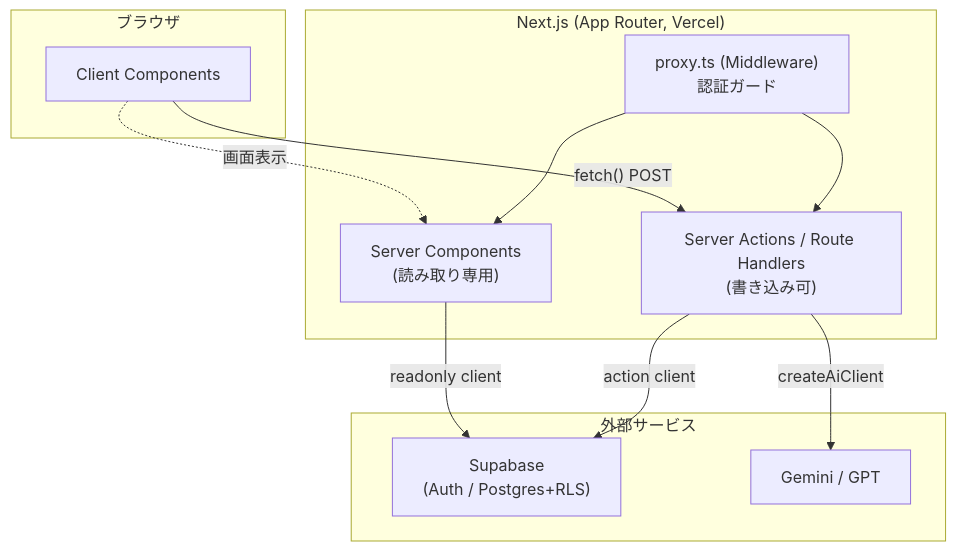
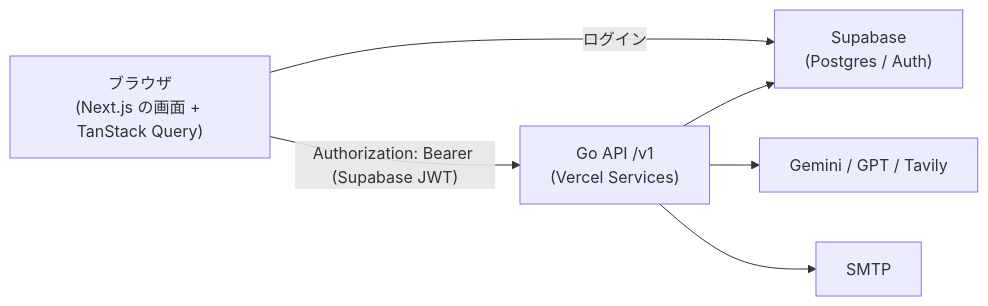
The diagram in CLAUDE.md (Yamada040/job_hunting_copilot), drawn with Mermaid before and after one commit. The commit also changed other lines of this file and 8 other files, not shown here.

````diff
--- a/CLAUDE.md
+++ b/CLAUDE.md
@@ -53,23 +62,14 @@
 ```mermaid
-flowchart TB
-    subgraph Client["ブラウザ"]
-        UI["Client Components"]
-    end
-    subgraph Next["Next.js (App Router, Vercel)"]
-        SC["Server Components<br/>(読み取り専用)"]
-        SA["Server Actions / Route Handlers<br/>(書き込み可)"]
-        Proxy["proxy.ts (Middleware)<br/>認証ガード"]
-    end
-    subgraph External["外部サービス"]
-        Supabase["Supabase<br/>(Auth / Postgres+RLS)"]
-        AI["Gemini / GPT"]
-    end
+flowchart LR
+    Browser["ブラウザ<br/>(Next.js の画面 + TanStack Query)"]
+    Go["Go API /v1<br/>(Vercel Services)"]
+    Supabase["Supabase<br/>(Postgres / Auth)"]
+    AI["Gemini / GPT / Tavily"]
+    SMTP["SMTP"]
 
-    UI -->|"fetch() POST"| SA
-    UI -.->|画面表示| SC
-    Proxy --> SC
-    Proxy --> SA
-    SC -->|readonly client| Supabase
-    SA -->|action client| Supabase
-    SA -->|createAiClient| AI
+    Browser -->|"Authorization: Bearer (Supabase JWT)"| Go
+    Browser -->|ログイン| Supabase
+    Go --> Supabase
+    Go --> AI
+    Go --> SMTP
 ```
````
